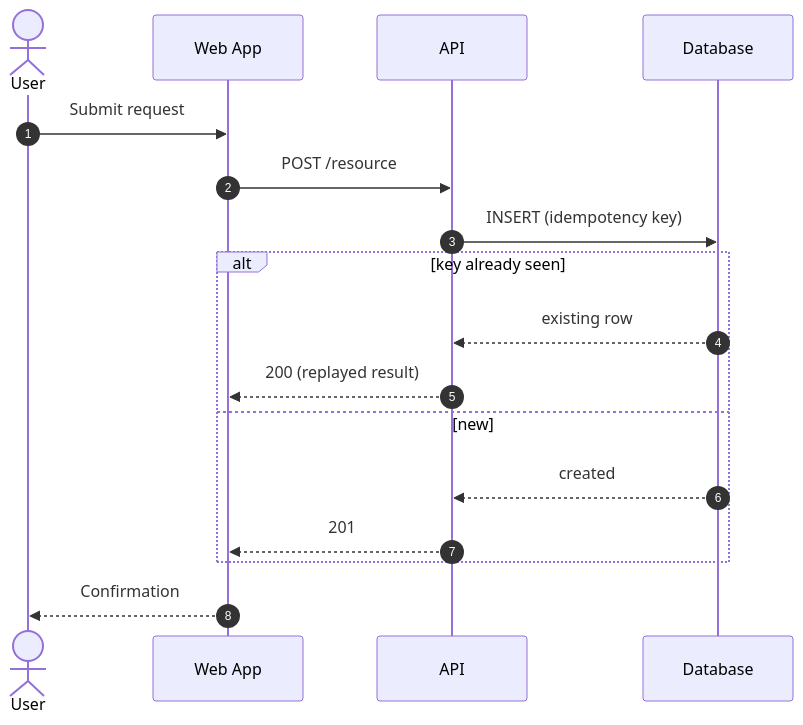
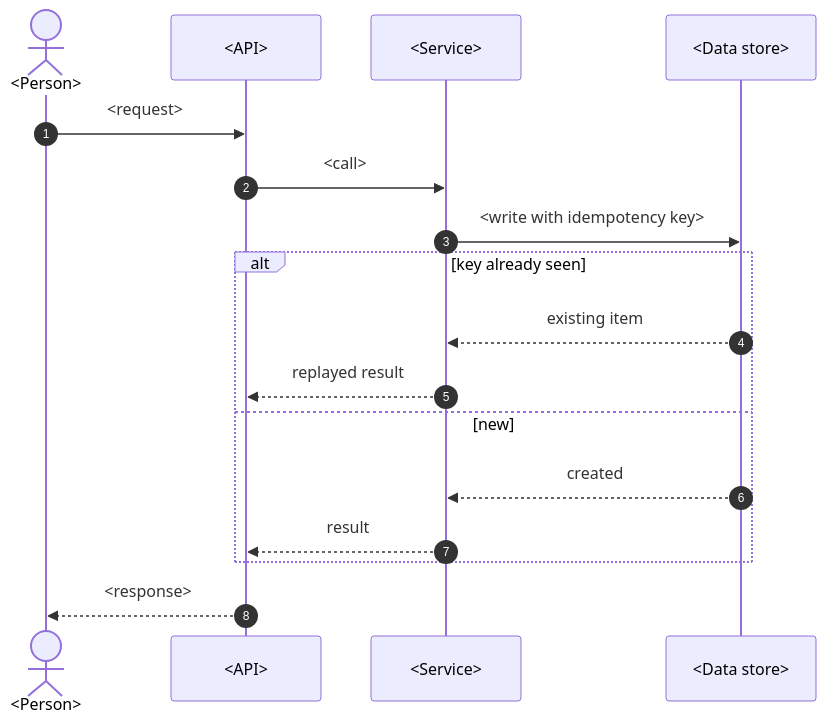
Before and after one commit to mark-satterfield/toolset: the fourth of 6 diagrams in plugins/agent-teams-workforce/skills/arc42-author/references/section-templates.md, drawn with Mermaid. The commit also changed other lines of this file and 29 other files, not shown here.

First line of the commit message:
feat(agent-teams-workforce): rewrite the arc42 skills to the architecture documentation model

````diff
--- a/plugins/agent-teams-workforce/skills/arc42-author/references/section-templates.md
+++ b/plugins/agent-teams-workforce/skills/arc42-author/references/section-templates.md
@@ -231,19 +179,19 @@
 ```mermaid
 sequenceDiagram
   autonumber
-  actor U as User
-  participant W as Web App
-  participant A as API
-  participant D as Database
-  U->>W: Submit request
-  W->>A: POST /resource
-  A->>D: INSERT (idempotency key)
+  actor U as <Person>
+  participant A as <API>
+  participant S as <Service>
+  participant D as <Data store>
+  U->>A: <request>
+  A->>S: <call>
+  S->>D: <write with idempotency key>
   alt key already seen
-    D-->>A: existing row
-    A-->>W: 200 (replayed result)
+    D-->>S: existing item
+    S-->>A: replayed result
   else new
-    D-->>A: created
-    A-->>W: 201
+    D-->>S: created
+    S-->>A: result
   end
-  W-->>U: Confirmation
+  A-->>U: <response>
 ```
````
